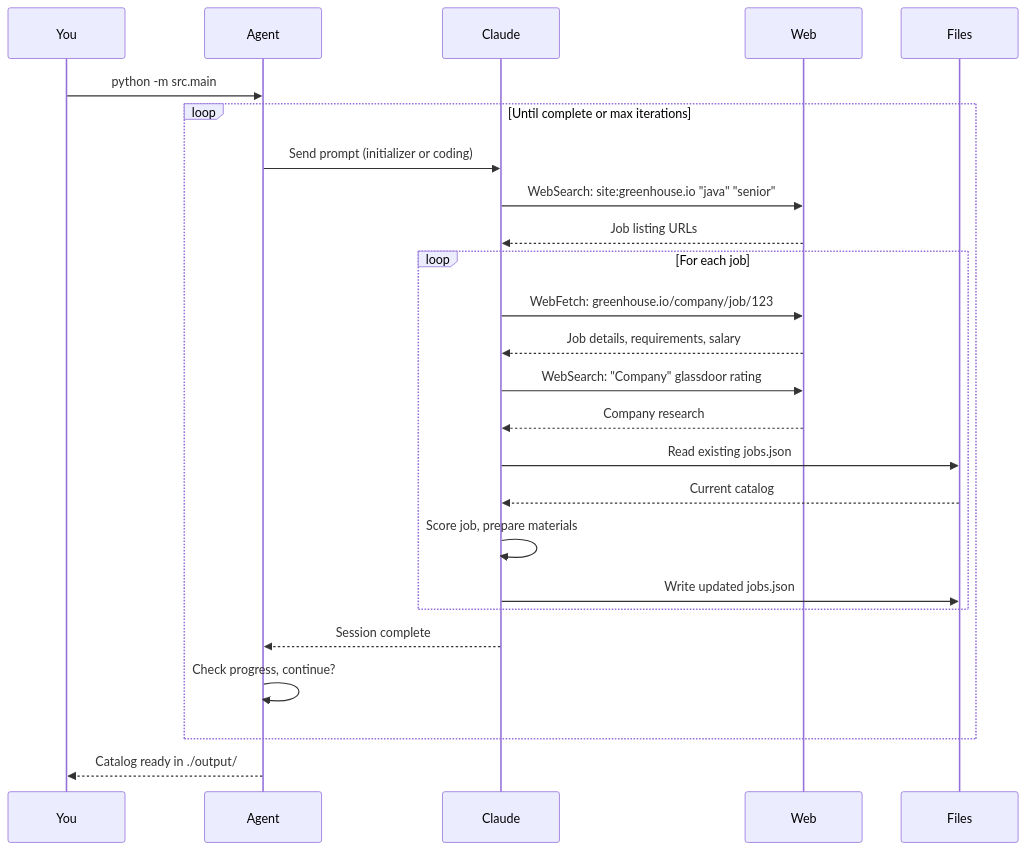
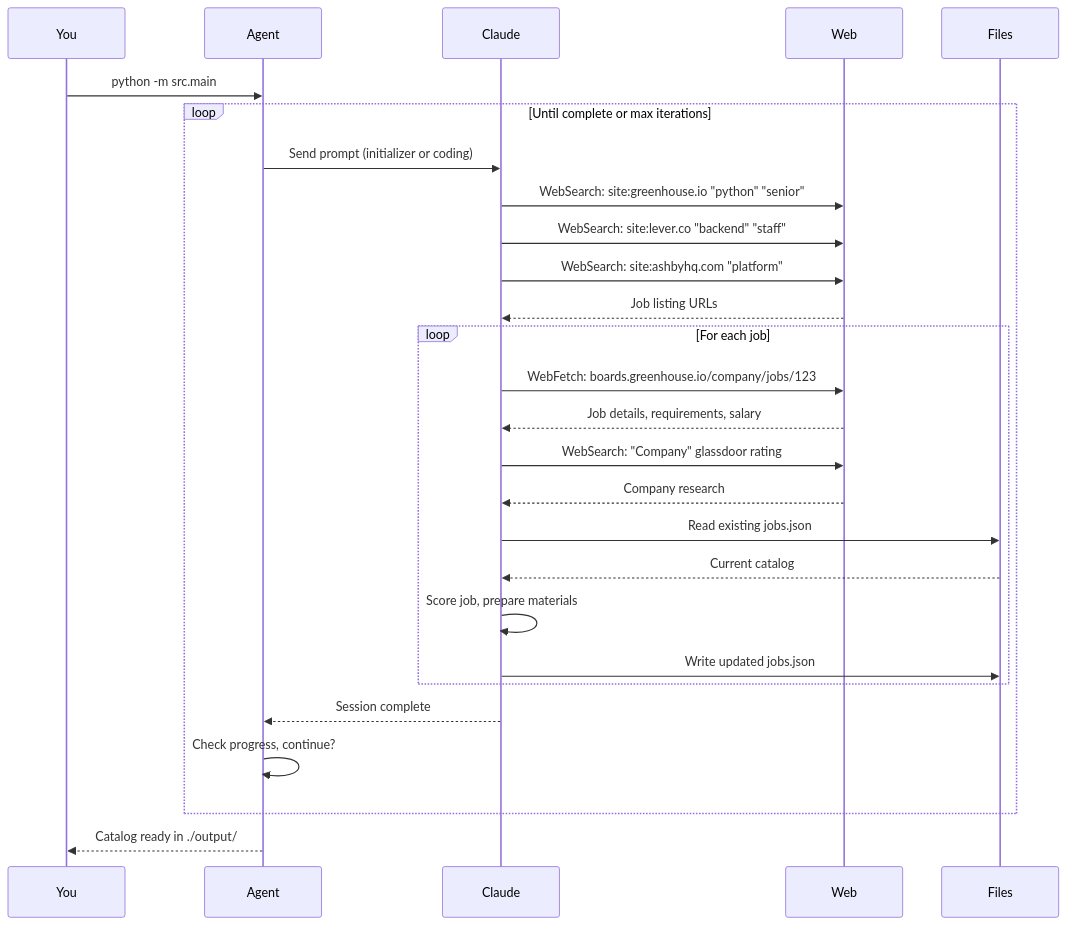
Before and after one commit to stxkxs/autonomous-job-search: the third of 3 diagrams in README.md, drawn with Mermaid. The commit also changed other lines of this file and 3 other files, not shown here.

````diff
--- a/README.md
+++ b/README.md
@@ -110,37 +123,39 @@
 ```mermaid
 sequenceDiagram
     participant You
     participant Agent
     participant Claude
     participant Web
     participant Files
 
     You->>Agent: python -m src.main
 
     loop Until complete or max iterations
         Agent->>Claude: Send prompt (initializer or coding)
 
-        Claude->>Web: WebSearch: site:greenhouse.io "java" "senior"
+        Claude->>Web: WebSearch: site:greenhouse.io "python" "senior"
+        Claude->>Web: WebSearch: site:lever.co "backend" "staff"
+        Claude->>Web: WebSearch: site:ashbyhq.com "platform"
         Web-->>Claude: Job listing URLs
 
         loop For each job
-            Claude->>Web: WebFetch: greenhouse.io/company/job/123
+            Claude->>Web: WebFetch: boards.greenhouse.io/company/jobs/123
             Web-->>Claude: Job details, requirements, salary
 
             Claude->>Web: WebSearch: "Company" glassdoor rating
             Web-->>Claude: Company research
 
             Claude->>Files: Read existing jobs.json
             Files-->>Claude: Current catalog
 
             Claude->>Claude: Score job, prepare materials
 
             Claude->>Files: Write updated jobs.json
         end
 
         Claude-->>Agent: Session complete
         Agent->>Agent: Check progress, continue?
     end
 
     Agent-->>You: Catalog ready in ./output/
 ```
````
